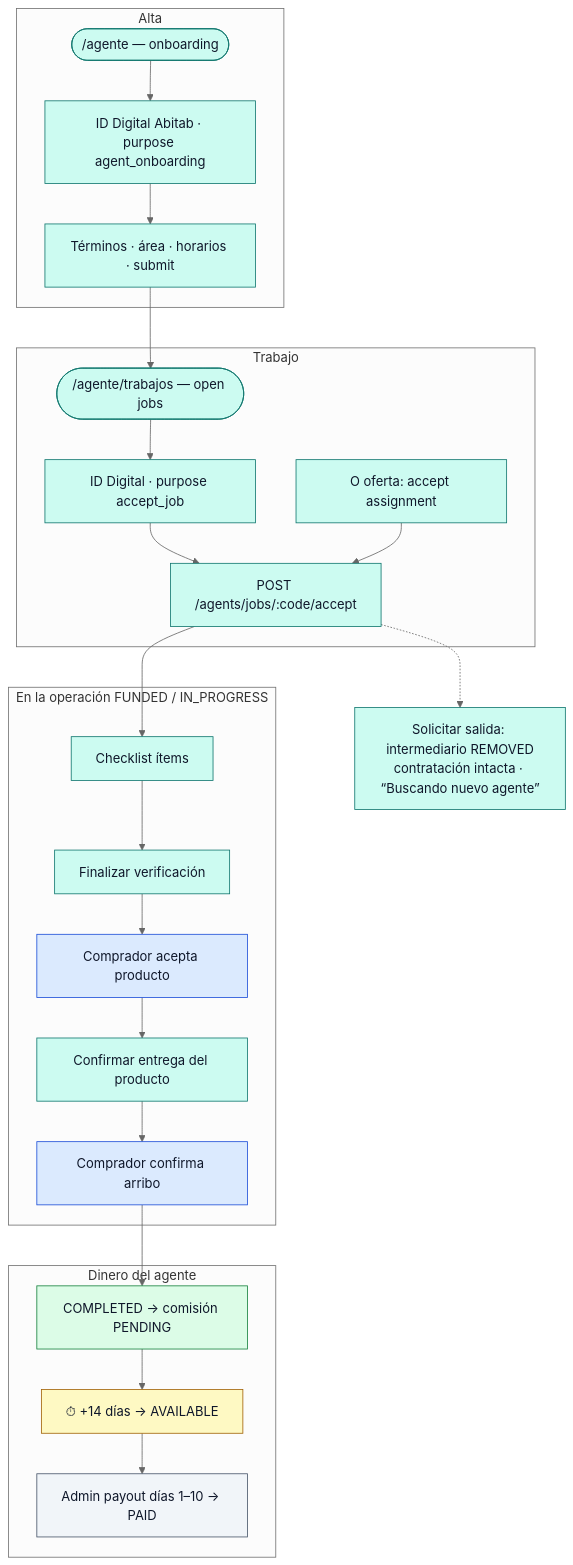
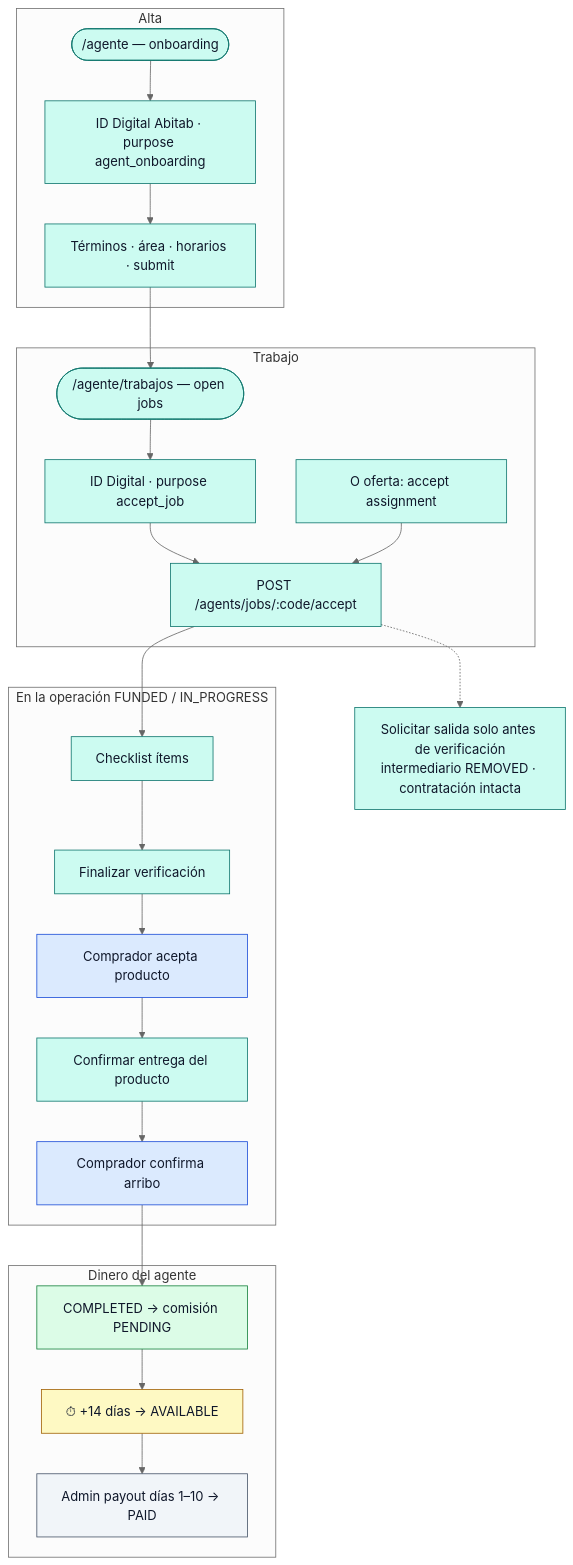
The fourth of 8 diagrams in docs/OPERATION_FLOWS.md (clissic/confiapp), drawn with Mermaid (neutral theme) before and after one commit. The commit also changed 12 other files, not shown here.

Commit message:
update(salida del agente): Ahora el agente solo puede salir por su cuenta de una operación hasta cierto punto de la operacion

````diff
--- a/docs/OPERATION_FLOWS.md
+++ b/docs/OPERATION_FLOWS.md
@@ -223,48 +223,48 @@
 ```mermaid
 flowchart TB
   subgraph onboard ["Alta"]
     O1([/agente — onboarding]):::agent
     O2[ID Digital Abitab · purpose agent_onboarding]:::agent
     O3[Términos · área · horarios · submit]:::agent
     O1 --> O2 --> O3
   end
 
   subgraph work ["Trabajo"]
     W1([/agente/trabajos — open jobs]):::agent
     W2[ID Digital · purpose accept_job]:::agent
     W3[POST /agents/jobs/:code/accept]:::agent
     W4[O oferta: accept assignment]:::agent
     W1 --> W2 --> W3
     W4 --> W3
   end
 
   subgraph ops ["En la operación FUNDED / IN_PROGRESS"]
     P1[Checklist ítems]:::agent
     P2[Finalizar verificación]:::agent
     P3[Comprador acepta producto]:::buyer
     P4[Confirmar entrega del producto]:::agent
     P5[Comprador confirma arribo]:::buyer
     P1 --> P2 --> P3 --> P4
     P4 --> P5
   end
 
   subgraph money ["Dinero del agente"]
     M1[COMPLETED → comisión PENDING]:::pay
     M2[⏱ +14 días → AVAILABLE]:::deadline
     M3[Admin payout días 1–10 → PAID]:::system
     M1 --> M2 --> M3
   end
 
   O3 --> W1
   W3 --> P1
   P5 --> M1
 
-  X1[Solicitar salida: intermediario REMOVED<br/>contratación intacta · “Buscando nuevo agente”]:::agent
+  X1[Solicitar salida solo antes de verificación<br/>intermediario REMOVED · contratación intacta]:::agent
   W3 -.-> X1
 
   classDef buyer fill:#dbeafe,stroke:#1d4ed8,color:#0f172a
   classDef agent fill:#ccfbf1,stroke:#0f766e,color:#0f172a
   classDef pay fill:#dcfce7,stroke:#15803d,color:#0f172a
   classDef deadline fill:#fef9c3,stroke:#a16207,color:#0f172a
   classDef system fill:#f1f5f9,stroke:#475569,color:#0f172a
 ```
````
